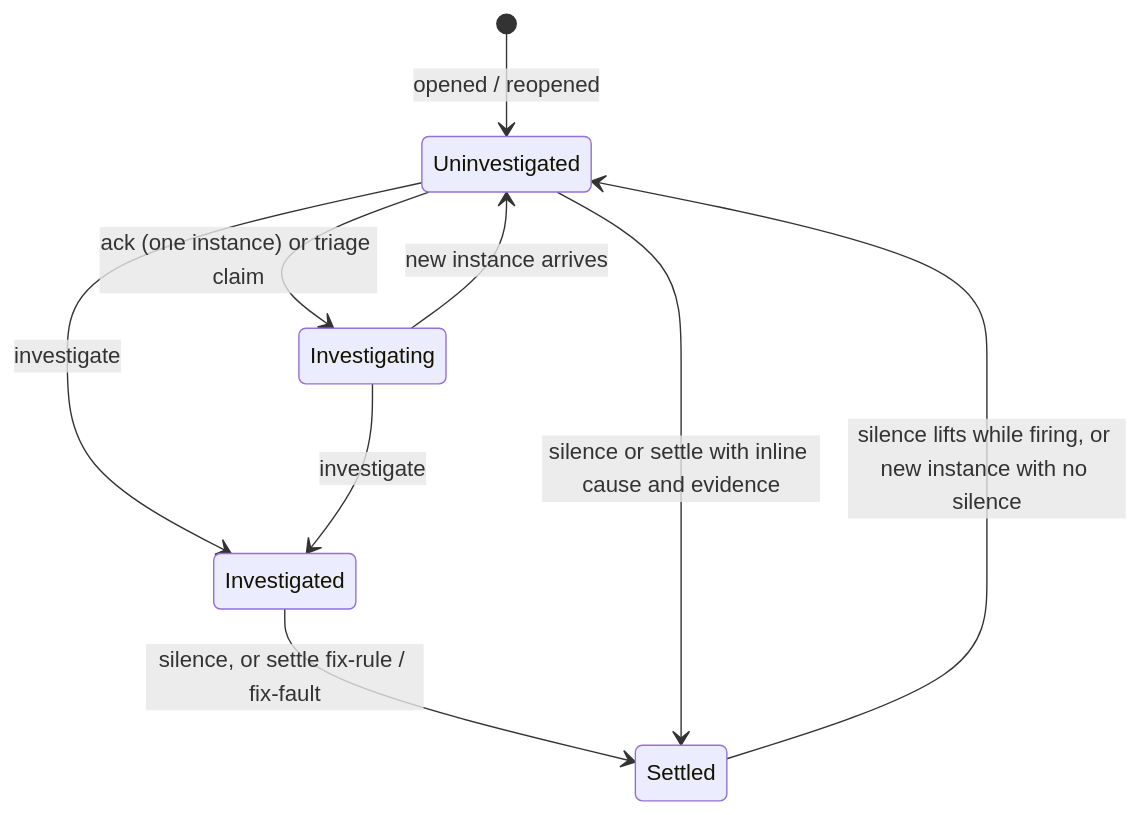
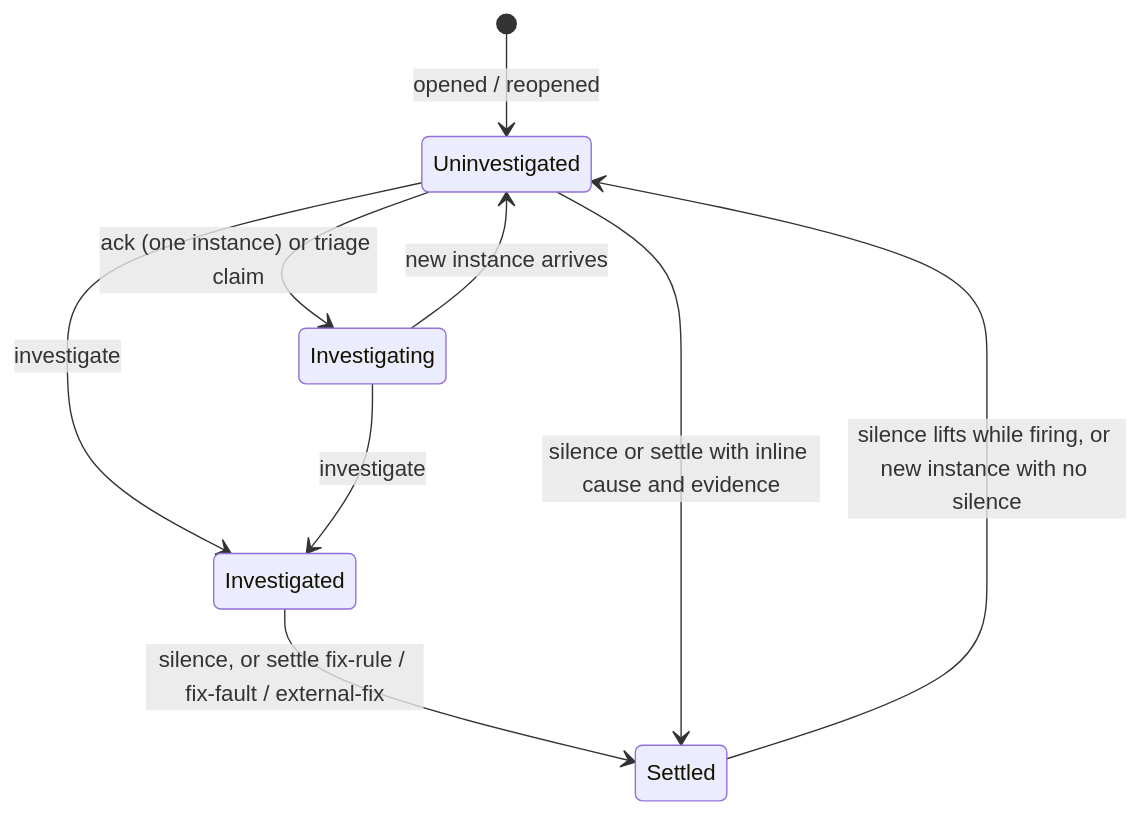
Before and after one commit to mschulkind-oss/tillr: the diagram in docs/design/tillr-watch-alert-workflow.md, drawn with Mermaid. The commit also changed other lines of this file and 1 other file, not shown here.

First line of the commit message:
docs(watch): design external-fix settlement for fixes outside the store

````diff
--- a/docs/design/tillr-watch-alert-workflow.md
+++ b/docs/design/tillr-watch-alert-workflow.md
@@ -82,11 +82,11 @@
 ```mermaid
 stateDiagram-v2
     [*] --> Uninvestigated: opened / reopened
     Uninvestigated --> Investigating: ack (one instance) or triage claim
     Investigating --> Uninvestigated: new instance arrives
     Uninvestigated --> Investigated: investigate
     Investigating --> Investigated: investigate
-    Investigated --> Settled: silence, or settle fix-rule / fix-fault
+    Investigated --> Settled: silence, or settle fix-rule / fix-fault / external-fix
     Uninvestigated --> Settled: silence or settle with inline cause and evidence
     Settled --> Uninvestigated: silence lifts while firing, or new instance with no silence
 ```
````
